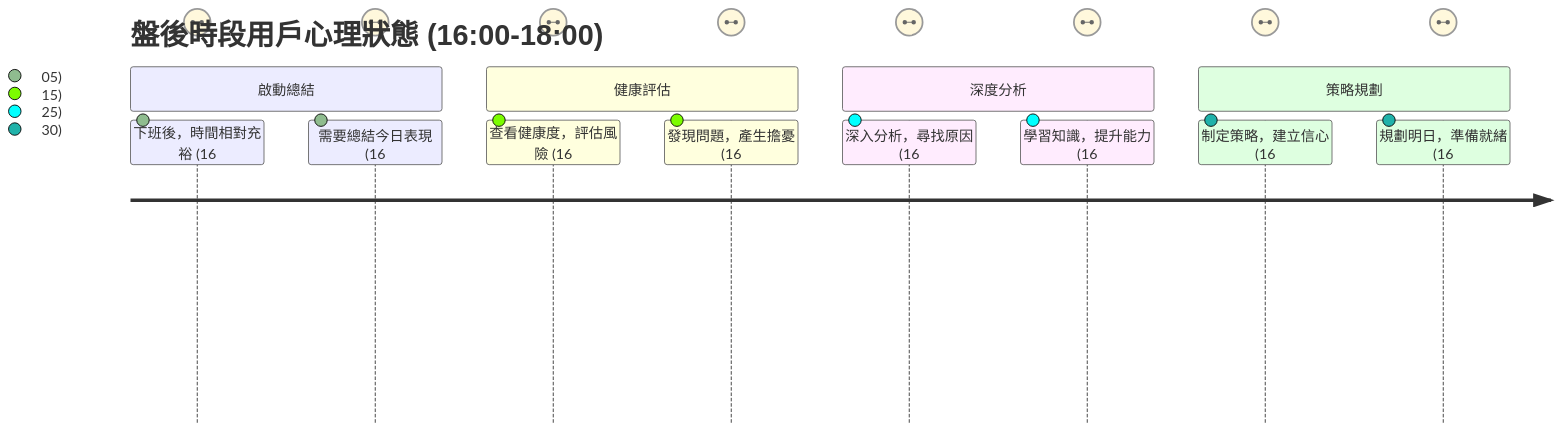
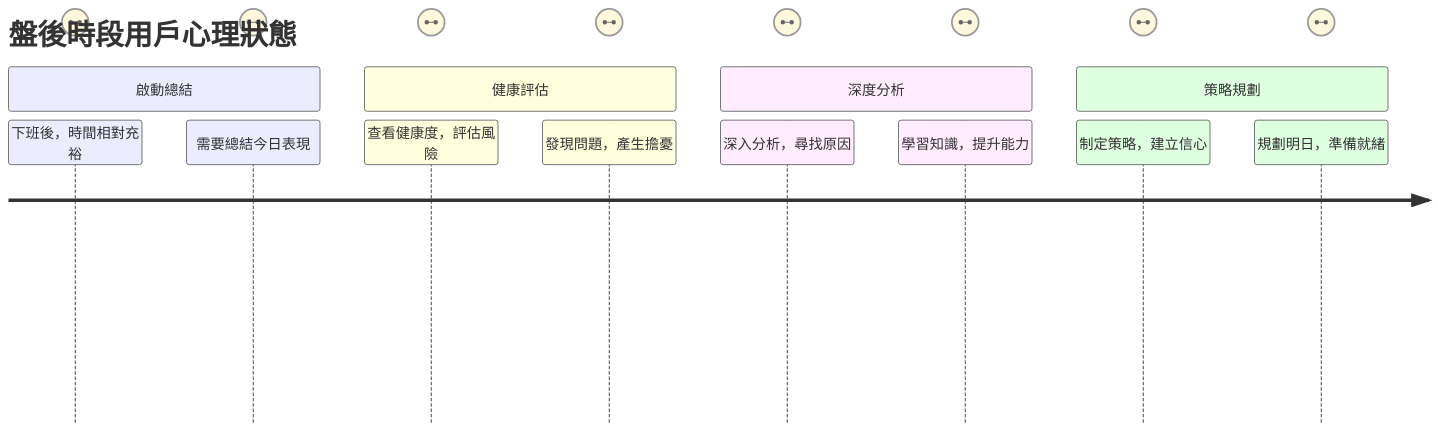
Before and after one commit to hihihowru/ai-chatbot-proxy: the third of 3 diagrams in user_journey_map/yong-hulcheng-san.md, drawn with Mermaid. The commit also changed other lines of this file and 3 other files, not shown here.

````diff
--- a/user_journey_map/yong-hulcheng-san.md
+++ b/user_journey_map/yong-hulcheng-san.md
@@ -59,16 +61,16 @@
 ```mermaid
 journey
-    title 盤後時段用戶心理狀態 (16:00-18:00)
+    title 盤後時段用戶心理狀態
     section 啟動總結
-      下班後，時間相對充裕 (16:00-16:05): 4: 使用者
-      需要總結今日表現 (16:00-16:05): 5: 使用者
+      下班後，時間相對充裕: 使用者
+      需要總結今日表現 : 使用者
     section 健康評估
-      查看健康度，評估風險 (16:05-16:15): 4: 使用者
-      發現問題，產生擔憂 (16:05-16:15): 2: 使用者
+      查看健康度，評估風險: 使用者
+      發現問題，產生擔憂 : 使用者
     section 深度分析
-      深入分析，尋找原因 (16:15-16:25): 4: 使用者
-      學習知識，提升能力 (16:15-16:25): 3: 使用者
+      深入分析，尋找原因 : 使用者
+      學習知識，提升能力 : 使用者
     section 策略規劃
-      制定策略，建立信心 (16:25-16:30): 4: 使用者
-      規劃明日，準備就緒 (16:25-16:30): 5: 使用者
+      制定策略，建立信心 : 使用者
+      規劃明日，準備就緒 : 使用者
 ```
````
